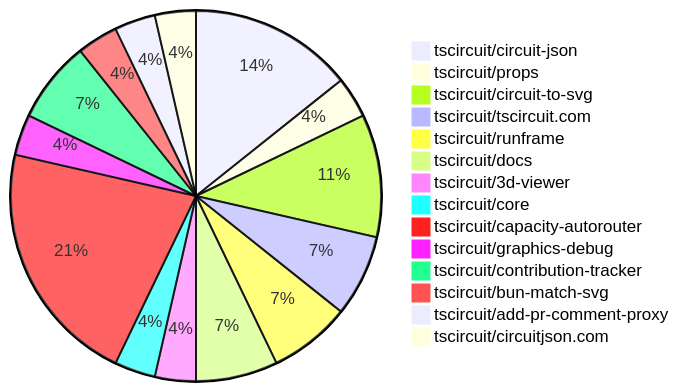
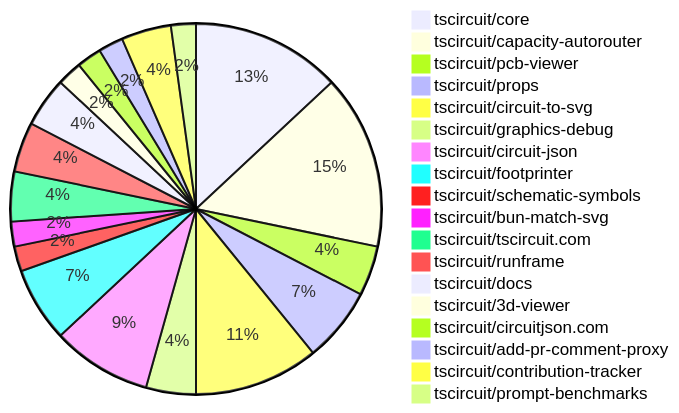
One commit to tscircuit/contribution-tracker changed the diagram in README.md. Above: the diagram before and after it, drawn with Mermaid. The commit also changed other lines of this file and 2 other files, not shown here.

````diff
--- a/README.md
+++ b/README.md
@@ -24,17 +24,21 @@
 ```mermaid
 pie
+    "tscircuit/core" : 6
+    "tscircuit/capacity-autorouter" : 7
+    "tscircuit/pcb-viewer" : 2
+    "tscircuit/props" : 3
+    "tscircuit/circuit-to-svg" : 5
+    "tscircuit/graphics-debug" : 2
     "tscircuit/circuit-json" : 4
-    "tscircuit/props" : 1
-    "tscircuit/circuit-to-svg" : 3
+    "tscircuit/footprinter" : 3
+    "tscircuit/schematic-symbols" : 1
+    "tscircuit/bun-match-svg" : 1
     "tscircuit/tscircuit.com" : 2
     "tscircuit/runframe" : 2
     "tscircuit/docs" : 2
     "tscircuit/3d-viewer" : 1
-    "tscircuit/core" : 1
-    "tscircuit/capacity-autorouter" : 6
-    "tscircuit/graphics-debug" : 1
+    "tscircuit/circuitjson.com" : 1
+    "tscircuit/add-pr-comment-proxy" : 1
     "tscircuit/contribution-tracker" : 2
-    "tscircuit/bun-match-svg" : 1
-    "tscircuit/add-pr-comment-proxy" : 1
-    "tscircuit/circuitjson.com" : 1
+    "tscircuit/prompt-benchmarks" : 1
 ```
````
